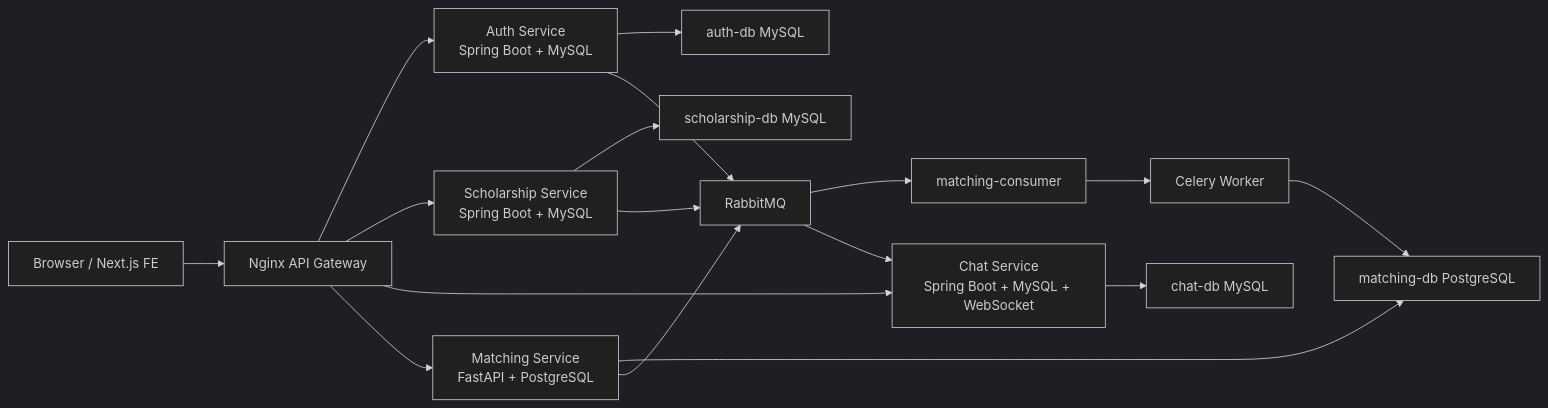
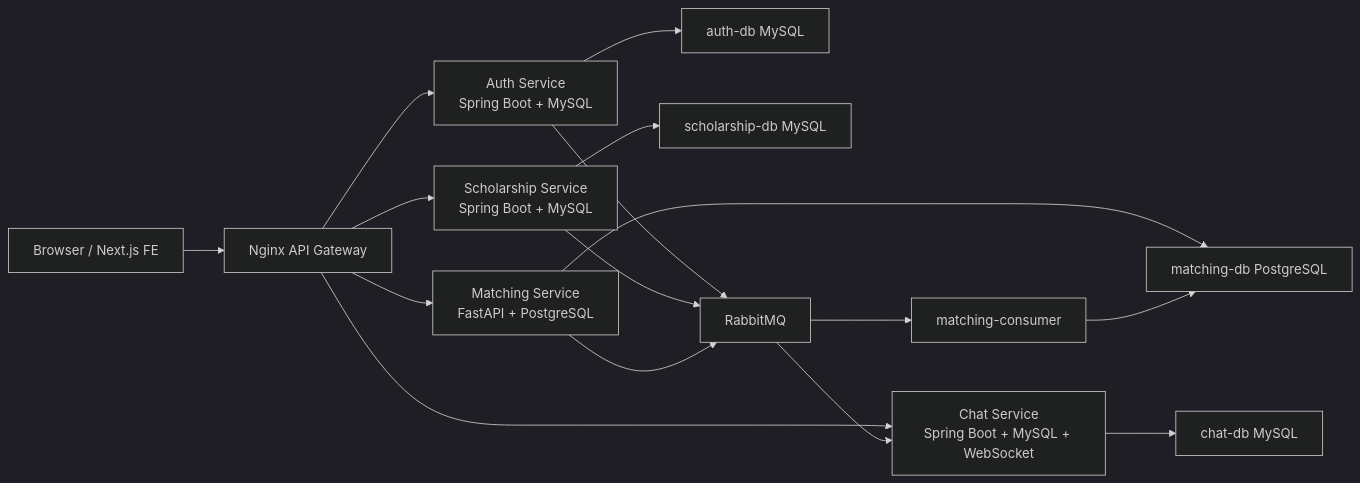
One commit to hunter875/edumatch-production changed the diagram in docs/01-system-architecture.md. Above: the diagram before and after it, drawn with Mermaid (dark theme). The commit also changed other lines of this file and 10 other files, not shown here.

Commit message:
docs: clarify rabbitmq matching worker

````diff
--- a/docs/01-system-architecture.md
+++ b/docs/01-system-architecture.md
@@ -24,22 +24,21 @@
 ```mermaid
 flowchart LR
   Browser["Browser / Next.js FE"] --> Gateway["Nginx API Gateway"]
 
   Gateway --> Auth["Auth Service<br/>Spring Boot + MySQL"]
   Gateway --> Scholarship["Scholarship Service<br/>Spring Boot + MySQL"]
   Gateway --> Chat["Chat Service<br/>Spring Boot + MySQL + WebSocket"]
   Gateway --> Matching["Matching Service<br/>FastAPI + PostgreSQL"]
 
   Auth --> AuthDB["auth-db MySQL"]
   Scholarship --> ScholarshipDB["scholarship-db MySQL"]
   Chat --> ChatDB["chat-db MySQL"]
   Matching --> MatchingDB["matching-db PostgreSQL"]
 
   Auth --> Rabbit["RabbitMQ"]
   Scholarship --> Rabbit
   Matching --> Rabbit
   Rabbit --> Consumer["matching-consumer"]
-  Consumer --> Celery["Celery Worker"]
-  Celery --> MatchingDB
+  Consumer --> MatchingDB
   Rabbit --> Chat
 ```
````
